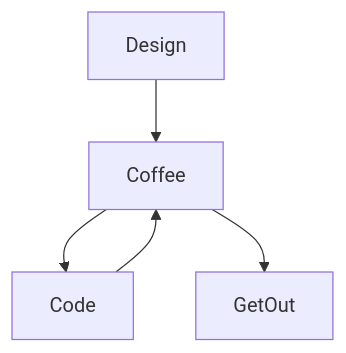
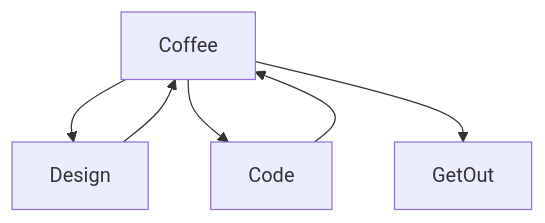
One commit to JFGEER83/JFGEER83 changed the diagram in README.md. Above: the diagram before and after it, drawn with Mermaid.

````diff
--- a/README.md
+++ b/README.md
@@ -41,7 +41,8 @@
 ```mermaid
   graph TD;
+      Coffee-->Design;
       Design-->Coffee;
       Coffee-->Code;
       Code-->Coffee;
       Coffee-->GetOut;
 ```
````
